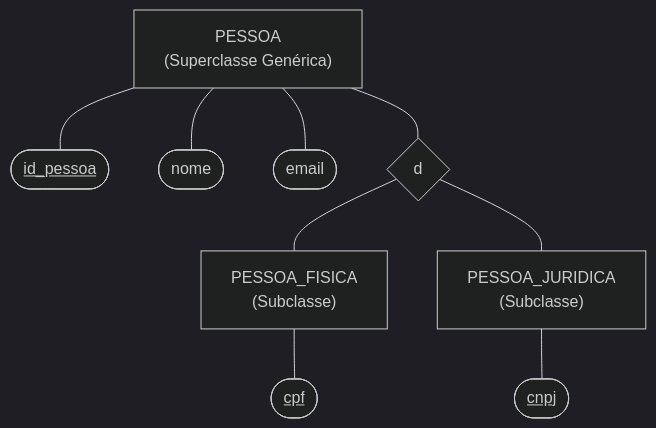
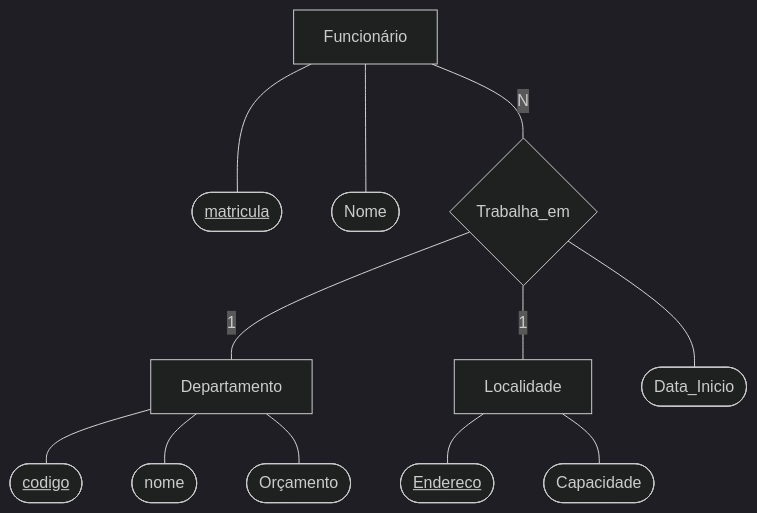
Before and after one commit to leorruas/puc: the third of 4 diagrams in 02. Modelagem de Dados/07. Modelo de entidades e relacionamentos estendido.md, drawn with Mermaid (dark theme). The commit also changed other lines of this file, not shown here.

Commit message:
feat(modelagem-dados): integrate user lecture slides into article 07 (Bank/Agency weak entity, Employee/Project attribute in relationship, Employee/Depto/Locality ternary reading)

````diff
--- a/02. Modelagem de Dados/07. Modelo de entidades e relacionamentos estendido.md
+++ b/02. Modelagem de Dados/07. Modelo de entidades e relacionamentos estendido.md
@@ -193,23 +143,29 @@
 ```mermaid
 flowchart TD
-    Pessoa["PESSOA<br>(Superclasse Genérica)"]
-    IdPessoa(["<u>id_pessoa</u>"])
-    NomePessoa(["nome"])
-    EmailPessoa(["email"])
+    Funcionario2["Funcionário"]
+    Matr2(["<u>matricula</u>"])
+    Nome2(["Nome"])
+    Funcionario2 --- Matr2
+    Funcionario2 --- Nome2
 
-    Pessoa --- IdPessoa
-    Pessoa --- NomePessoa
-    Pessoa --- EmailPessoa
+    Depto["Departamento"]
+    CodDepto(["<u>codigo</u>"])
+    NomeDepto(["nome"])
+    OrcDepto(["Orçamento"])
+    Depto --- CodDepto
+    Depto --- NomeDepto
+    Depto --- OrcDepto
 
-    Triang{"d"}
-    Pessoa --- Triang
+    Loc["Localidade"]
+    EndLoc(["<u>Endereco</u>"])
+    CapLoc(["Capacidade"])
+    Loc --- EndLoc
+    Loc --- CapLoc
 
-    Triang --- Pf["PESSOA_FISICA<br>(Subclasse)"]
-    Triang --- Pj["PESSOA_JURIDICA<br>(Subclasse)"]
+    Funcionario2 ---|"N"| RelTrab{"Trabalha_em"}
+    RelTrab ---|"1"| Depto
+    RelTrab ---|"1"| Loc
 
-    Cpf(["<u>cpf</u>"])
-    CnpjPj(["<u>cnpj</u>"])
-
-    Pf --- Cpf
-    Pj --- CnpjPj
+    DataInicio(["Data_Inicio"])
+    RelTrab --- DataInicio
 ```
````
